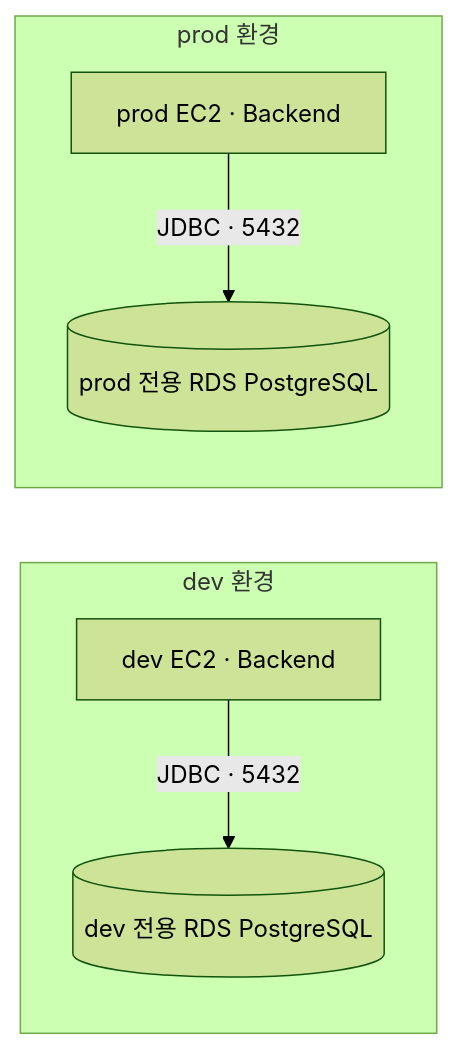
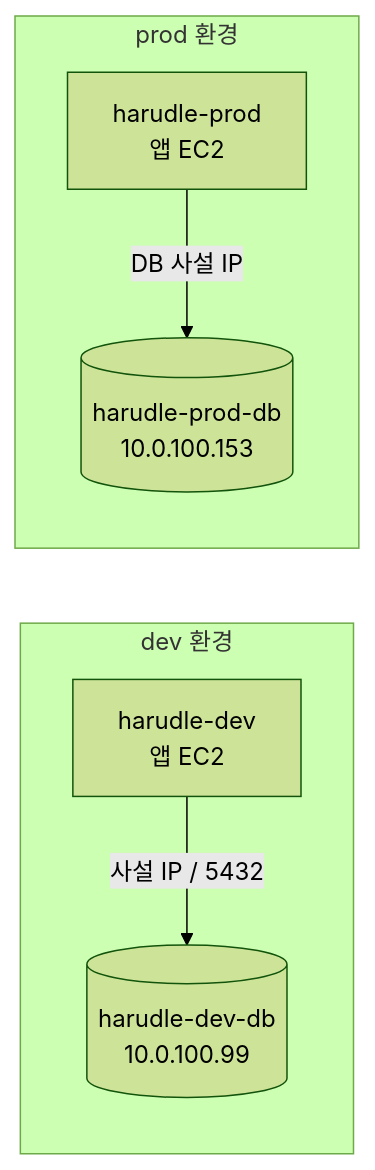
One commit to woowacourse-teams/2026-Harudle changed the second of 2 diagrams in AGENTS.md. Above: the diagram before and after it, drawn with Mermaid (forest theme). The commit also changed other lines of this file and 1 other file, not shown here.

````diff
--- a/AGENTS.md
+++ b/AGENTS.md
@@ -106,9 +115,9 @@
 ```mermaid
 flowchart LR
     subgraph dev["dev 환경"]
-        devBackend["dev EC2 · Backend"] -->|"JDBC · 5432"| devRds[("dev 전용 RDS PostgreSQL")]
+        devBackend["harudle-dev<br/>앱 EC2"] -->|"사설 IP / 5432"| devDb[("harudle-dev-db<br/>10.0.100.99")]
     end
     subgraph prod["prod 환경"]
-        prodBackend["prod EC2 · Backend"] -->|"JDBC · 5432"| prodRds[("prod 전용 RDS PostgreSQL")]
+        prodBackend["harudle-prod<br/>앱 EC2"] -->|"DB 사설 IP"| prodDb[("harudle-prod-db<br/>10.0.100.153")]
     end
 ```
````
